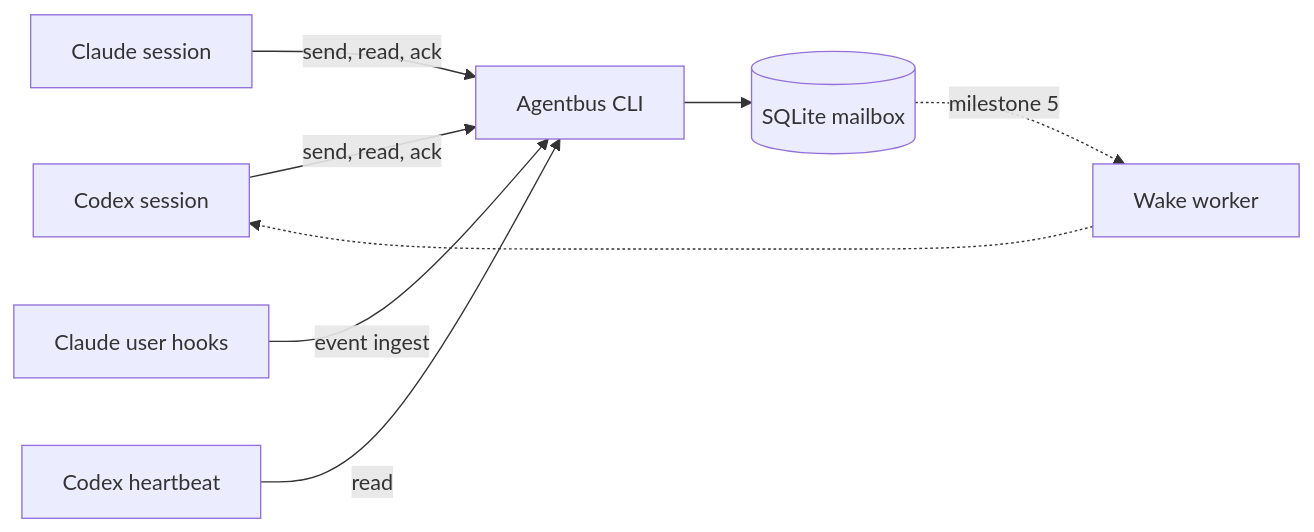
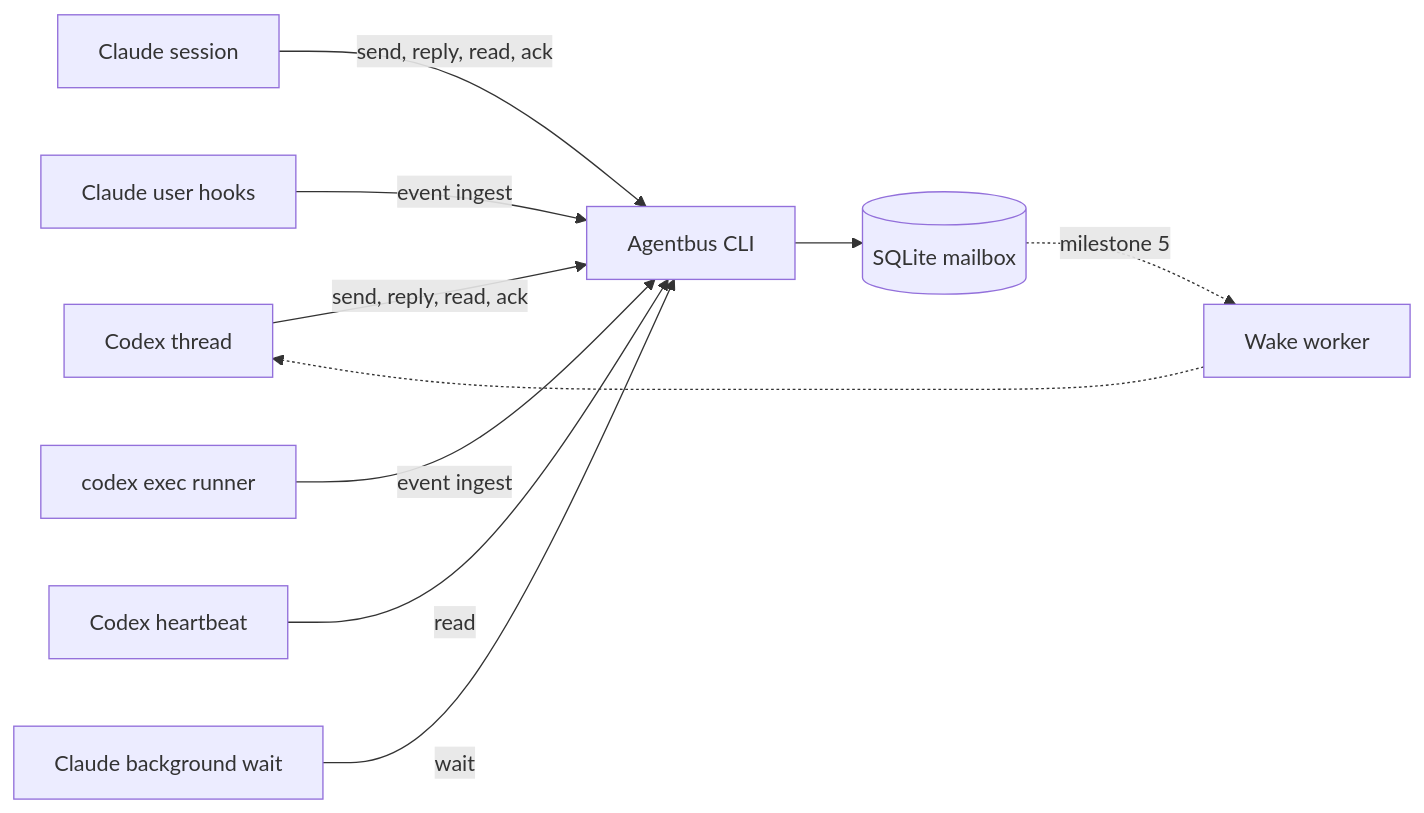
Before and after one commit to vforsh/agentbus: the diagram in PLAN.md, drawn with Mermaid. The commit also changed other lines of this file, not shown here.

Commit message:
docs: plan bidirectional Codex/Claude delegation

````diff
--- a/PLAN.md
+++ b/PLAN.md
@@ -49,9 +67,11 @@
 ```mermaid
 flowchart LR
-    A[Codex session] -->|send, read, ack| CLI[Agentbus CLI]
-    B[Claude session] -->|send, read, ack| CLI
-    H[Claude user hooks] -->|event ingest| CLI
+    CX[Codex thread] -->|send, reply, read, ack| CLI[Agentbus CLI]
+    CL[Claude session] -->|send, reply, read, ack| CLI
+    CH[Claude user hooks] -->|event ingest| CLI
+    CR[codex exec runner] -->|event ingest| CLI
     HB[Codex heartbeat] -->|read| CLI
+    BW[Claude background wait] -->|wait| CLI
     CLI --> DB[(SQLite mailbox)]
-    DB -. milestone 5 .-> W[Wake worker] -.-> A
+    DB -. milestone 5 .-> W[Wake worker] -.-> CX
 ```
````
